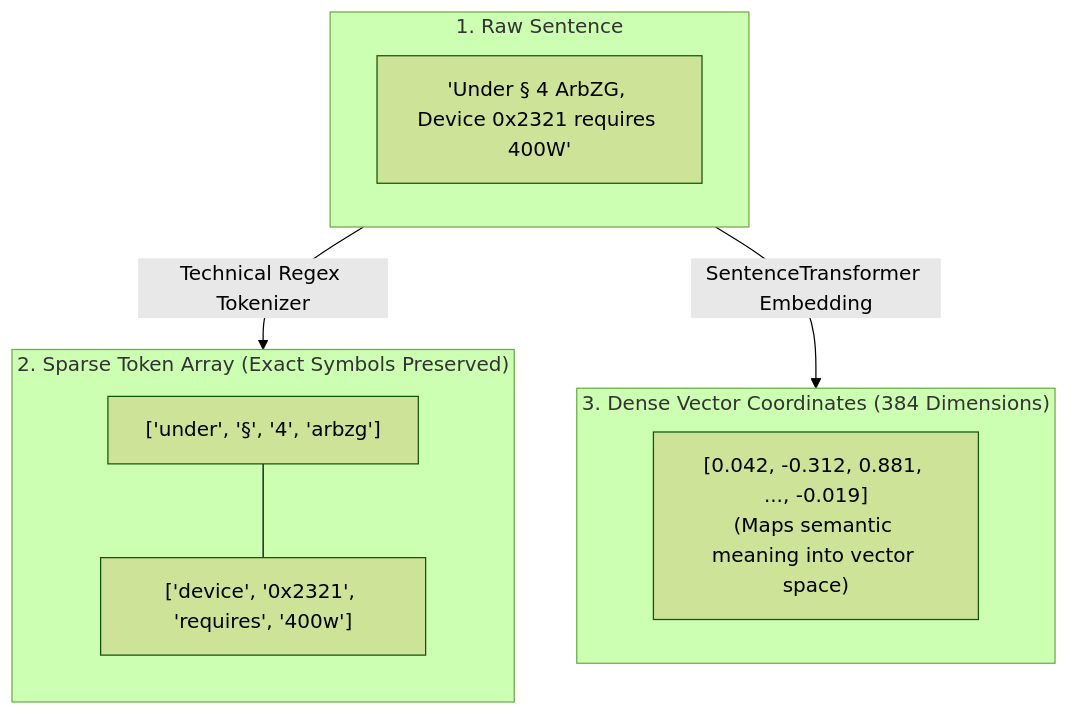
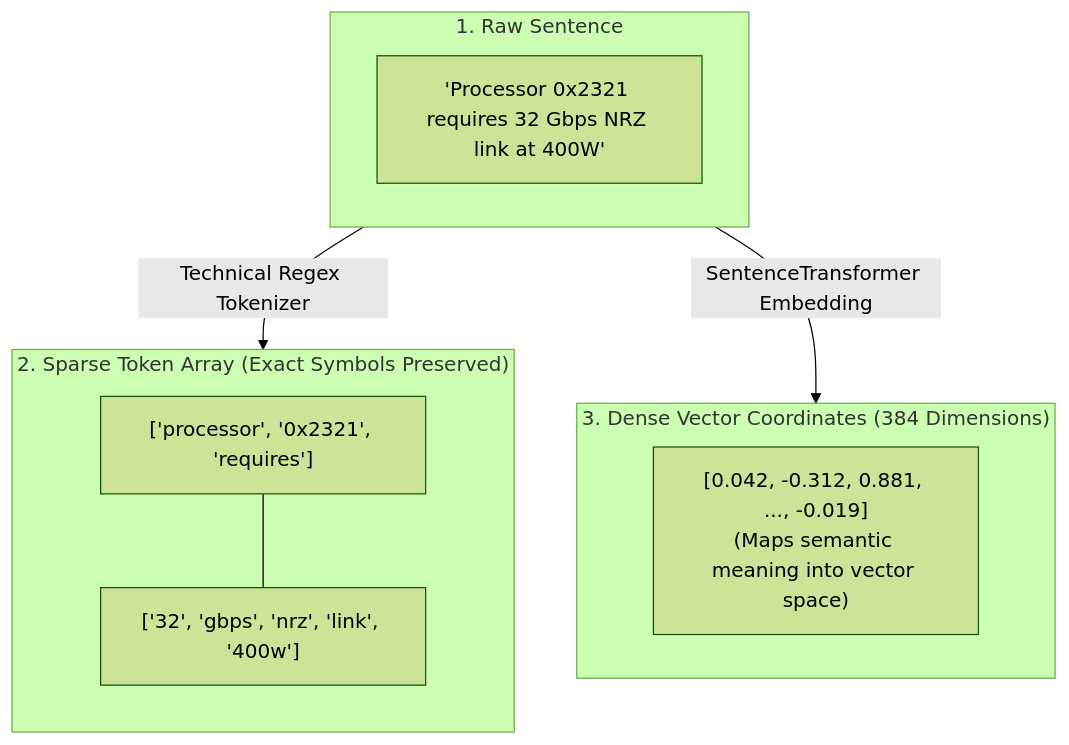
The fourth of 8 diagrams in README.md (frasheed-dev/specrag), drawn with Mermaid (forest theme) before and after one commit. The commit also changed other lines of this file and 23 other files, not shown here.

````diff
--- a/README.md
+++ b/README.md
@@ -107,20 +107,20 @@
 ```mermaid
 flowchart TD
     subgraph Raw ["1. Raw Sentence"]
-        S["'Under § 4 ArbZG, Device 0x2321 requires 400W'"]
+        S["'Processor 0x2321 requires 32 Gbps NRZ link at 400W'"]
     end
 
     Raw -->|Technical Regex Tokenizer| SparseBox
     Raw -->|SentenceTransformer Embedding| DenseBox
 
     subgraph SparseBox ["2. Sparse Token Array (Exact Symbols Preserved)"]
         direction TB
-        Row1["['under', '§', '4', 'arbzg']"]
-        Row2["['device', '0x2321', 'requires', '400w']"]
+        Row1["['processor', '0x2321', 'requires']"]
+        Row2["['32', 'gbps', 'nrz', 'link', '400w']"]
         Row1 --- Row2
     end
 
     subgraph DenseBox ["3. Dense Vector Coordinates (384 Dimensions)"]
         V["[0.042, -0.312, 0.881, ..., -0.019]\n(Maps semantic meaning into vector space)"]
     end
 ```
````
